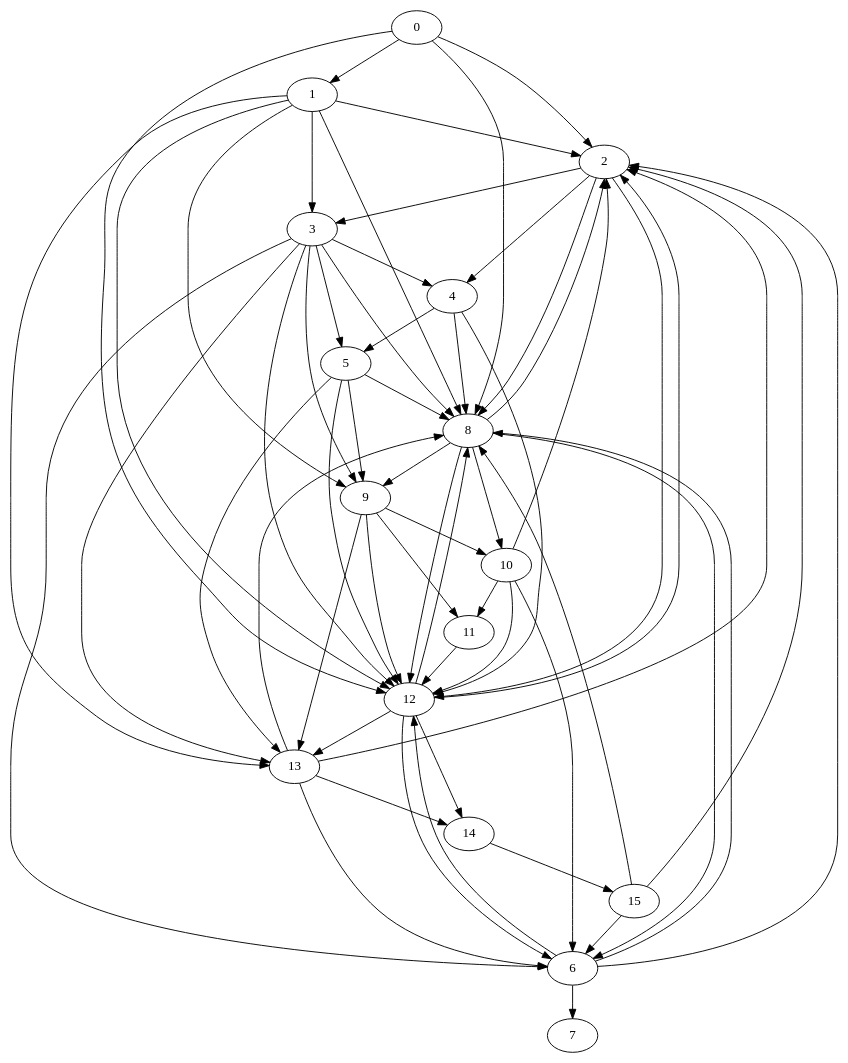
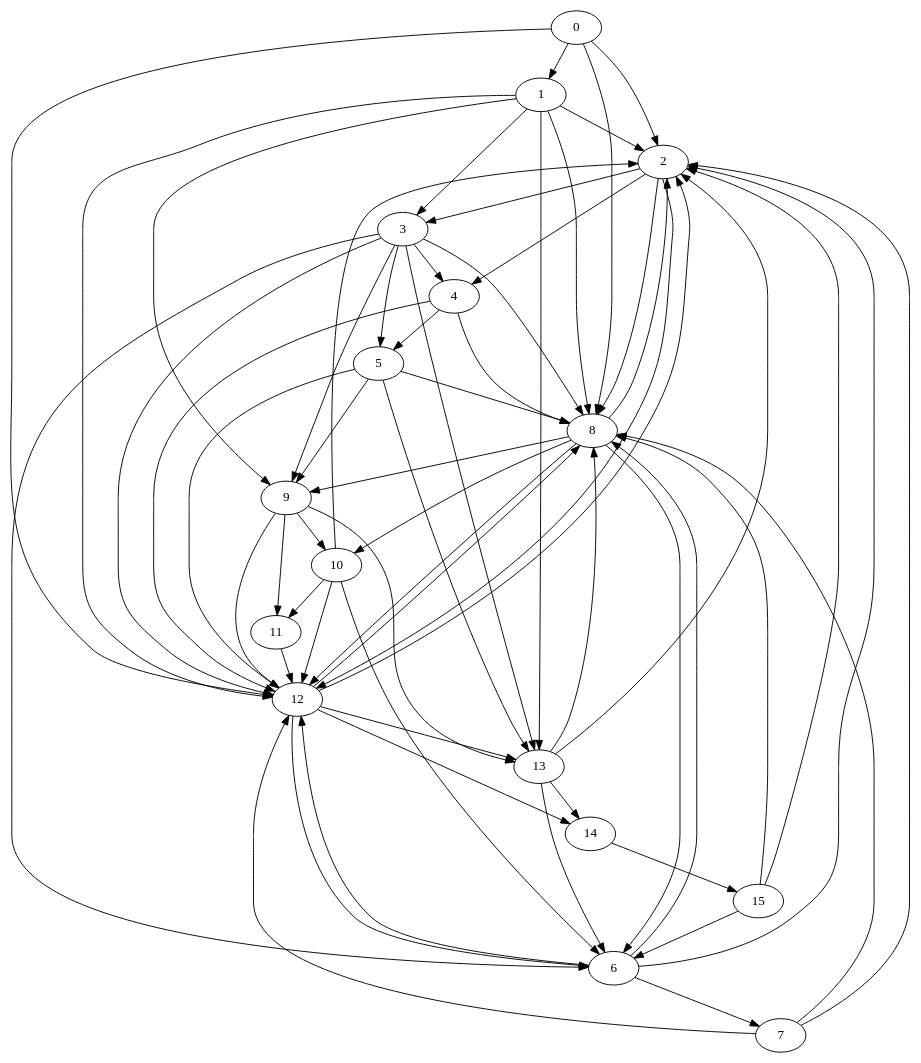
One commit to richelbilderbeek/boost_graph_cookbook_1 changed the diagram in BoostGraphTutorial/title_graph.dot. Above: the diagram before and after it, drawn with Graphviz. The commit also changed 16 other files, not shown here.

```diff
--- a/BoostGraphTutorial/title_graph.dot
+++ b/BoostGraphTutorial/title_graph.dot
@@ -1,77 +1,80 @@
 digraph G {
 0;
 1;
 2;
 3;
 4;
 5;
 6;
 7;
 8;
 9;
 10;
 11;
 12;
 13;
 14;
 15;
 0->1 ;
 0->2 ;
 0->8 ;
 0->12 ;
 1->2 ;
 1->8 ;
 1->12 ;
 1->3 ;
 1->9 ;
 1->13 ;
 2->3 ;
 2->4 ;
 2->8 ;
 2->12 ;
 3->4 ;
 3->6 ;
 3->8 ;
 3->12 ;
 3->5 ;
 3->9 ;
 3->13 ;
 4->5 ;
 4->8 ;
 4->12 ;
 5->8 ;
 5->12 ;
 5->9 ;
 5->13 ;
 6->7 ;
 6->2 ;
 6->8 ;
 6->12 ;
+7->2 ;
+7->8 ;
+7->12 ;
 8->9 ;
 8->2 ;
 8->6 ;
 8->10 ;
 8->12 ;
 9->10 ;
 9->12 ;
 9->11 ;
 9->13 ;
 10->11 ;
 10->2 ;
 10->6 ;
 10->12 ;
 11->12 ;
 12->13 ;
 12->2 ;
 12->6 ;
 12->8 ;
 12->14 ;
 13->14 ;
 13->2 ;
 13->6 ;
 13->8 ;
 14->15 ;
 15->2 ;
 15->6 ;
 15->8 ;
 }
```
